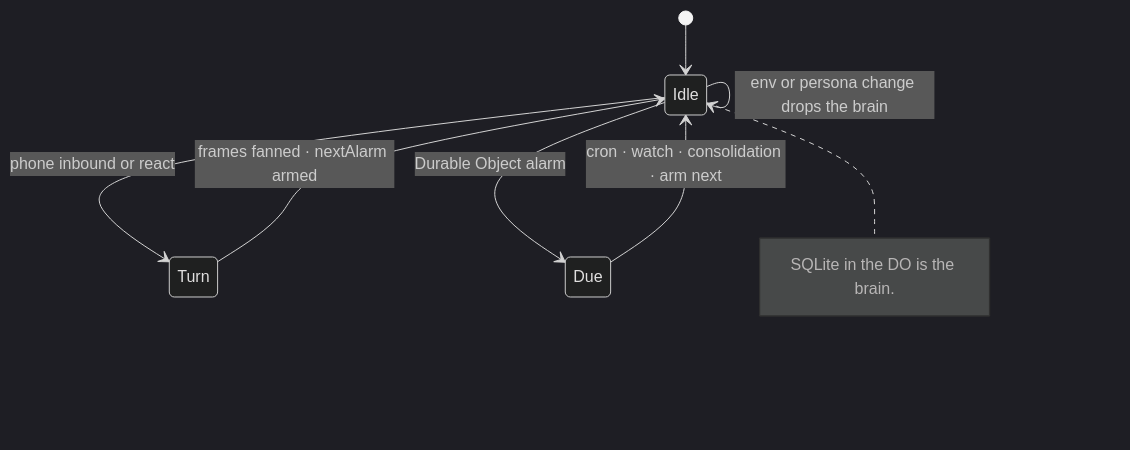
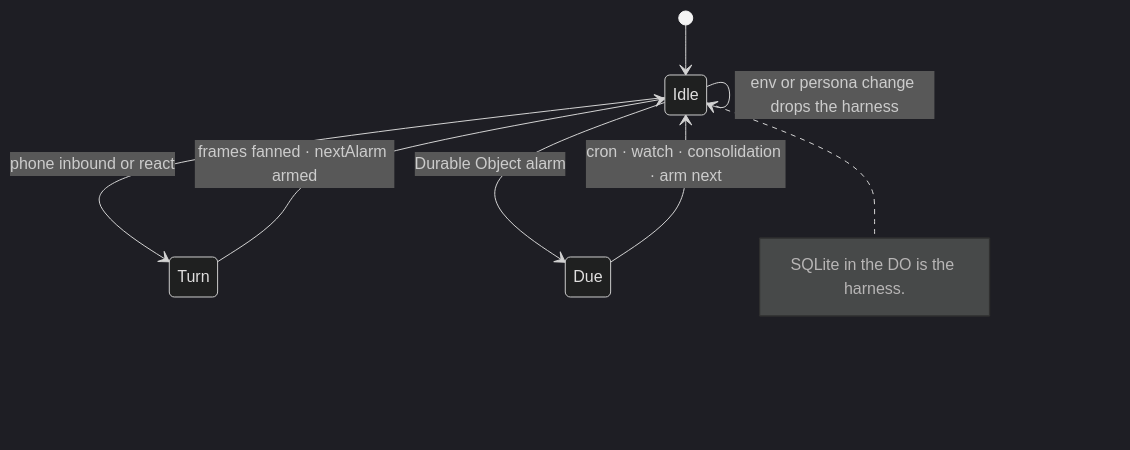
One commit to shotah/gantree2 changed the seventh of 11 diagrams in docs/architecture.md. Above: the diagram before and after it, drawn with Mermaid (dark theme). The commit also changed other lines of this file and 689 other files, not shown here.

Commit message:
rename brain to harness

````diff
--- a/docs/architecture.md
+++ b/docs/architecture.md
@@ -321,13 +321,13 @@
 ```mermaid
 stateDiagram-v2
   [*] --> Idle
   Idle --> Turn : phone inbound or react
   Turn --> Idle : frames fanned · nextAlarm armed
   Idle --> Due : Durable Object alarm
   Due --> Idle : cron · watch · consolidation · arm next
-  Idle --> Idle : env or persona change drops the brain
+  Idle --> Idle : env or persona change drops the harness
 
   note right of Idle
-    SQLite in the DO is the brain.
+    SQLite in the DO is the harness.
   end note
 ```
````
